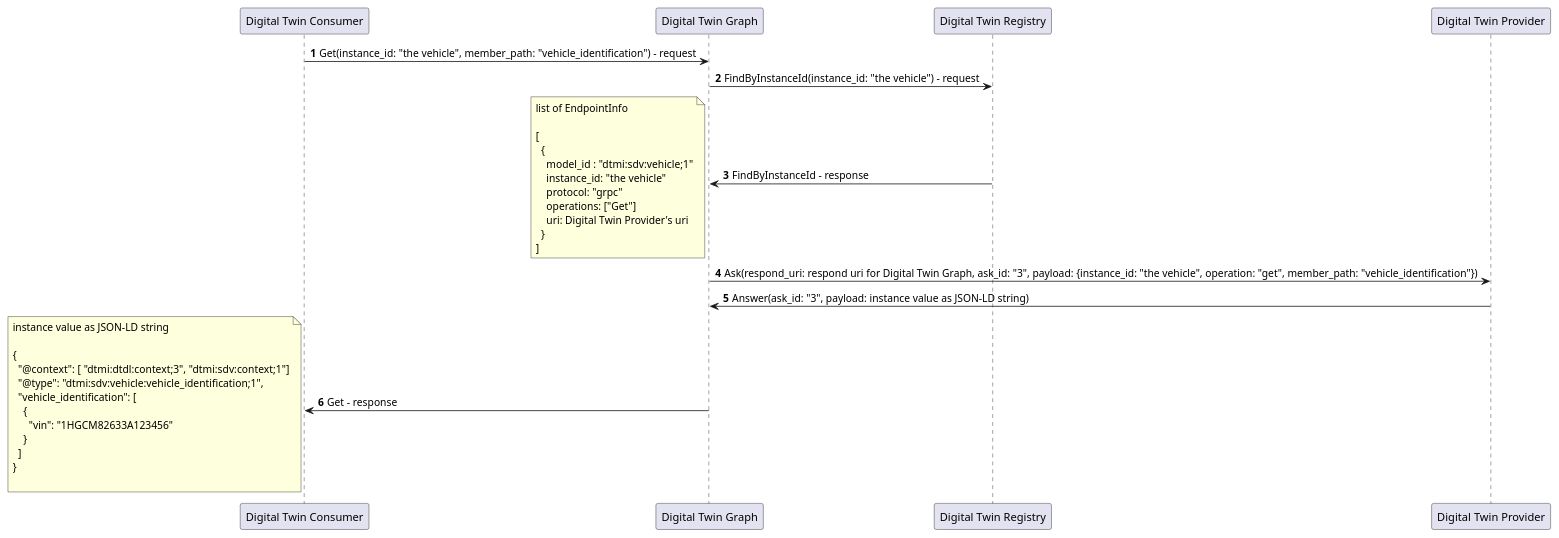
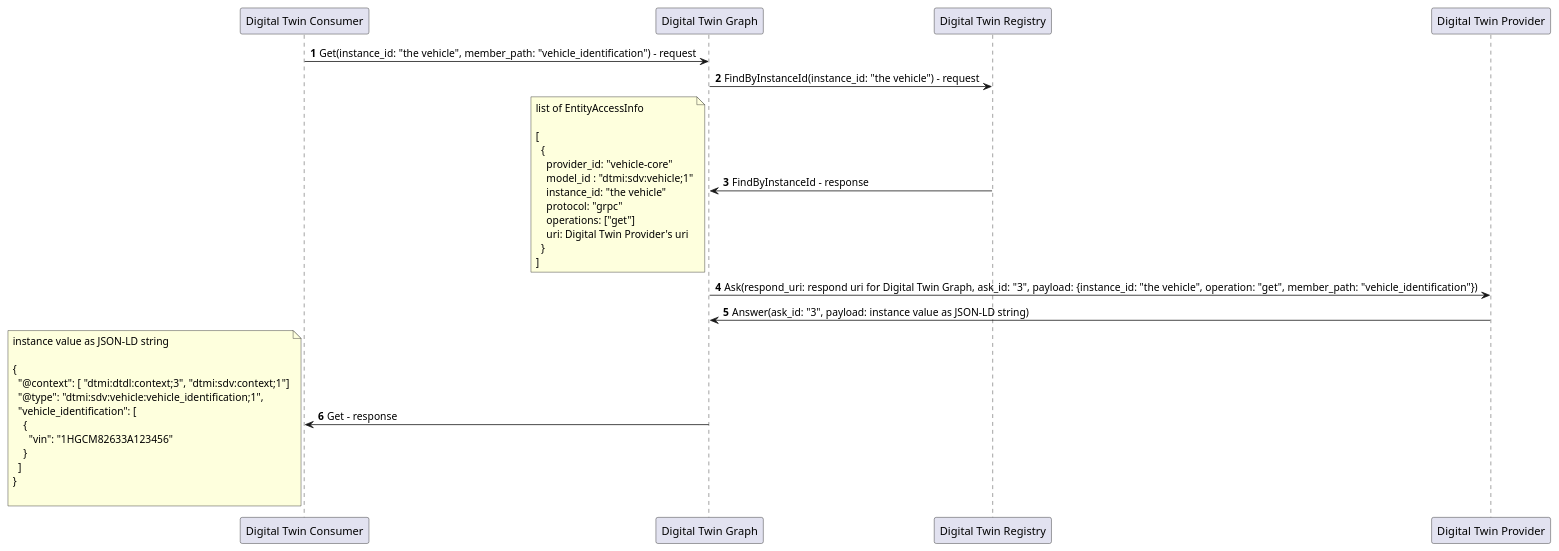
One commit to eclipse-ibeji/ibeji changed the diagram in docs/design/modules/digital_twin_graph/diagrams/get_sequence.puml. Above: the diagram before and after it, drawn with PlantUML. The commit also changed 10 other files, not shown here.

Commit message:
Digital Twin Graph

```diff
--- a/docs/design/modules/digital_twin_graph/diagrams/get_sequence.puml
+++ b/docs/design/modules/digital_twin_graph/diagrams/get_sequence.puml
@@ -1,47 +1,48 @@
 @startuml
 
 autonumber
 
 participant "Digital Twin Consumer" as CONSUMER
 participant "Digital Twin Graph" as DIGITAL_TWIN_GRAPH
 participant "Digital Twin Registry" as DIGITAL_TWIN_REGISTRY
 participant "Digital Twin Provider" as PROVIDER
 
 CONSUMER -> DIGITAL_TWIN_GRAPH: Get(instance_id: "the vehicle", member_path: "vehicle_identification") - request
 
 DIGITAL_TWIN_GRAPH -> DIGITAL_TWIN_REGISTRY: FindByInstanceId(instance_id: "the vehicle") - request
 DIGITAL_TWIN_GRAPH <- DIGITAL_TWIN_REGISTRY: FindByInstanceId - response
 note left
-  list of EndpointInfo
+  list of EntityAccessInfo
 
   [
     {
+      provider_id: "vehicle-core"
       model_id : "dtmi:sdv:vehicle;1"
       instance_id: "the vehicle"
       protocol: "grpc"
-      operations: ["Get"]
+      operations: ["get"]
       uri: Digital Twin Provider's uri
     }
   ]
 end note
 
 DIGITAL_TWIN_GRAPH -> PROVIDER: Ask(respond_uri: respond uri for Digital Twin Graph, ask_id: "3", payload: {instance_id: "the vehicle", operation: "get", member_path: "vehicle_identification"})
 DIGITAL_TWIN_GRAPH <- PROVIDER: Answer(ask_id: "3", payload: instance value as JSON-LD string)
 
 CONSUMER <- DIGITAL_TWIN_GRAPH: Get - response
 note left
   instance value as JSON-LD string
 
   {
     "@context": [ "dtmi:dtdl:context;3", "dtmi:sdv:context;1"]
     "@type": "dtmi:sdv:vehicle:vehicle_identification;1",
     "vehicle_identification": [
       {
         "vin": "1HGCM82633A123456"
       }
     ]
   }
 
 end note
 
 @enduml
```
